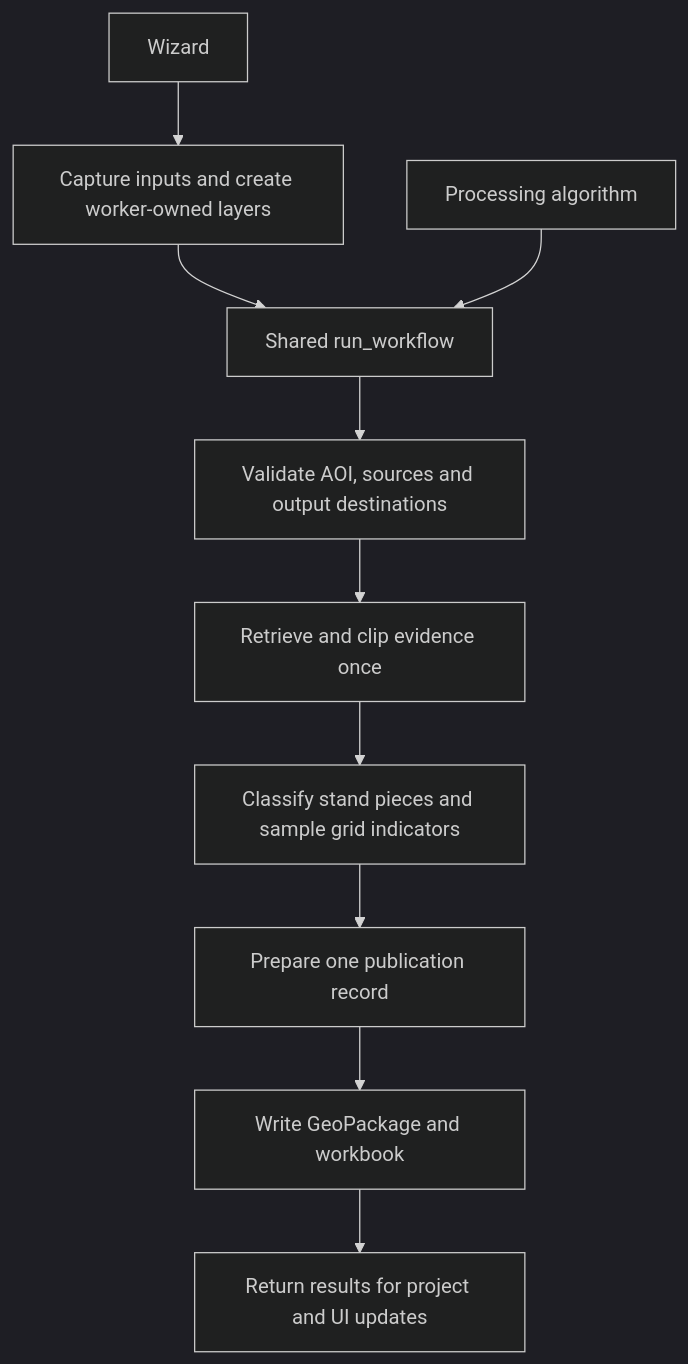
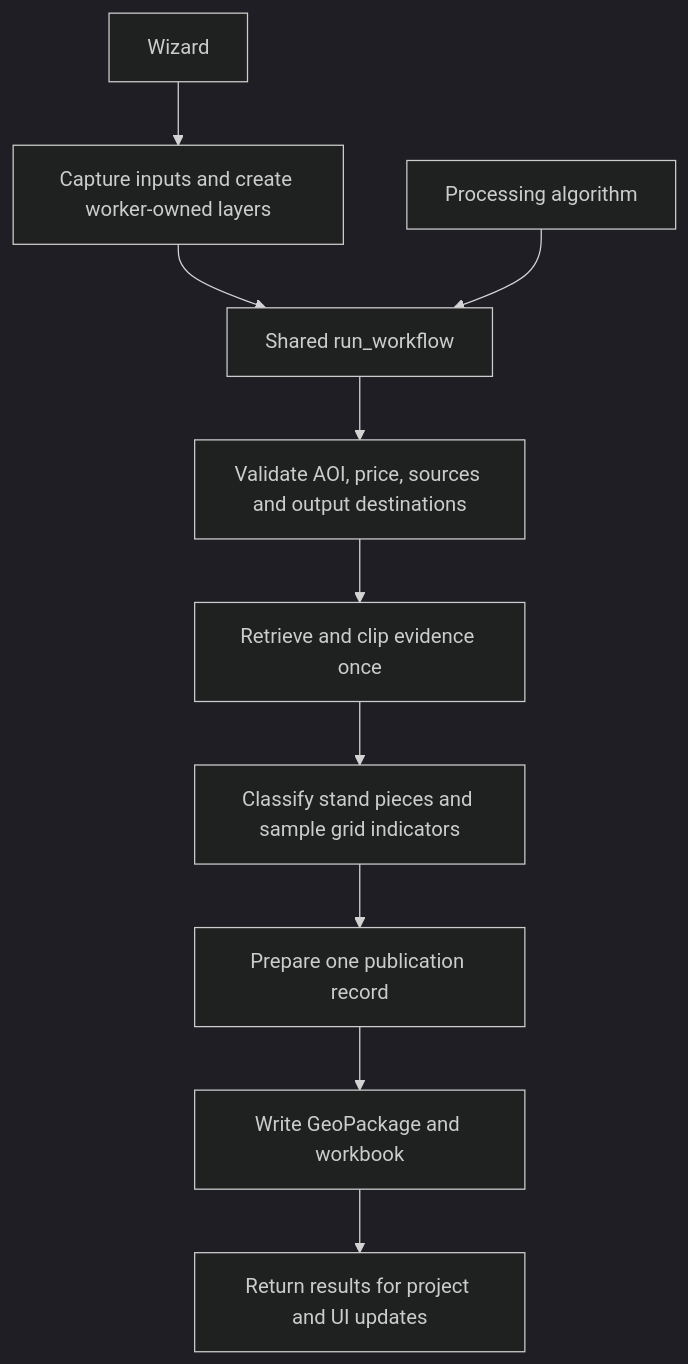
Before and after one commit to anttikajanus/savonia-responsible-forest-planning-tool: the diagram in docs/architecture/overview.md, drawn with Mermaid (dark theme). The commit also changed other lines of this file and 23 other files, not shown here.

````diff
--- a/docs/architecture/overview.md
+++ b/docs/architecture/overview.md
@@ -43,12 +43,12 @@
 ```mermaid
 flowchart TD
     W[Wizard] --> T[Capture inputs and create worker-owned layers]
     T --> R[Shared run_workflow]
     P[Processing algorithm] --> R
-    R --> V[Validate AOI, sources and output destinations]
+    R --> V[Validate AOI, price, sources and output destinations]
     V --> S[Retrieve and clip evidence once]
     S --> C[Classify stand pieces and sample grid indicators]
     C --> M[Prepare one publication record]
     M --> O[Write GeoPackage and workbook]
     O --> U[Return results for project and UI updates]
 ```
````
